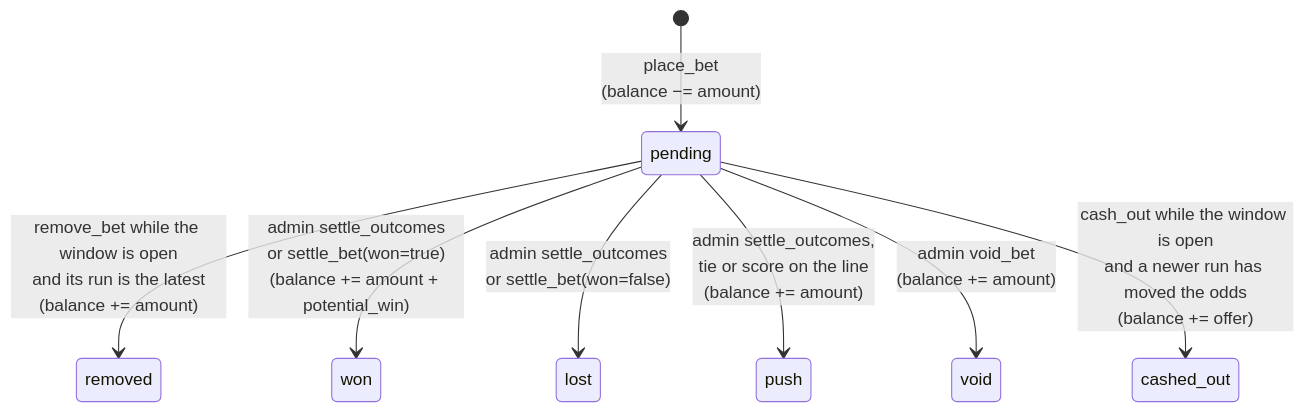
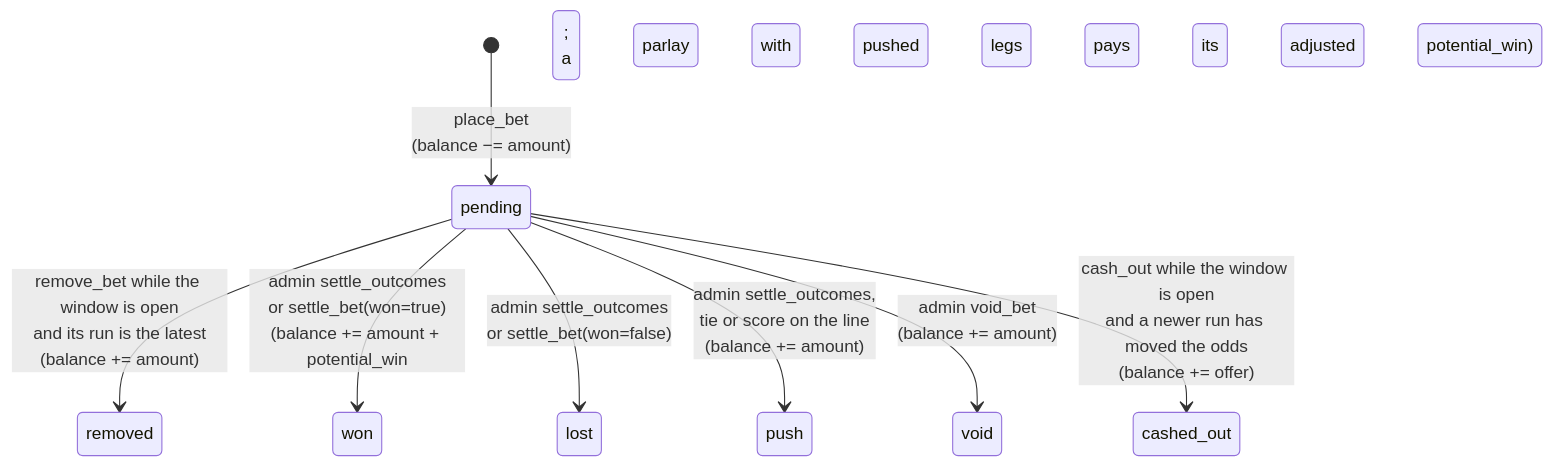
Before and after one commit to sfaizi24/TNCasino: the second of 3 diagrams in docs/architecture/06-betting-lifecycle.md, drawn with Mermaid. The commit also changed other lines of this file and 3 other files, not shown here.

First line of the commit message:
Document parlays: the joint price, the refusals, settlement with pushed legs, the slip

````diff
--- a/docs/architecture/06-betting-lifecycle.md
+++ b/docs/architecture/06-betting-lifecycle.md
@@ -39,10 +39,10 @@
 ```mermaid
 stateDiagram-v2
     [*] --> pending: place_bet<br/>(balance −= amount)
     pending --> removed: remove_bet while the window is open<br/>and its run is the latest<br/>(balance += amount)
-    pending --> won: admin settle_outcomes<br/>or settle_bet(won=true)<br/>(balance += amount + potential_win)
+    pending --> won: admin settle_outcomes<br/>or settle_bet(won=true)<br/>(balance += amount + potential_win;<br/>a parlay with pushed legs pays its adjusted potential_win)
     pending --> lost: admin settle_outcomes<br/>or settle_bet(won=false)
     pending --> push: admin settle_outcomes,<br/>tie or score on the line<br/>(balance += amount)
     pending --> void: admin void_bet<br/>(balance += amount)
     pending --> cashed_out: cash_out while the window is open<br/>and a newer run has moved the odds<br/>(balance += offer)
 ```
````
